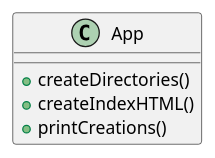
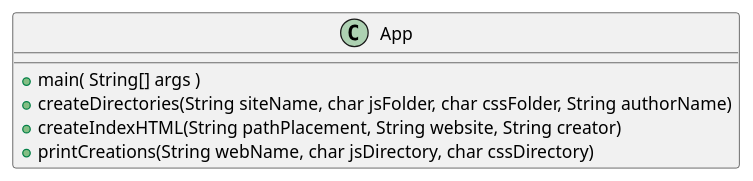
The diagram in docs/ex43.puml (Jsnoap/snoap-cop3330-assignment3), drawn with PlantUML before and after one commit. The commit also changed 7 other files, not shown here.

```diff
--- a/docs/ex43.puml
+++ b/docs/ex43.puml
@@ -1,10 +1,11 @@
 @startuml
 'https://plantuml.com/class-diagram
 
 class App {
-+createDirectories()
-+createIndexHTML()
-+printCreations()
++main( String[] args )
++createDirectories(String siteName, char jsFolder, char cssFolder, String authorName)
++createIndexHTML(String pathPlacement, String website, String creator)
++printCreations(String webName, char jsDirectory, char cssDirectory)
 }
 
 @enduml
```
